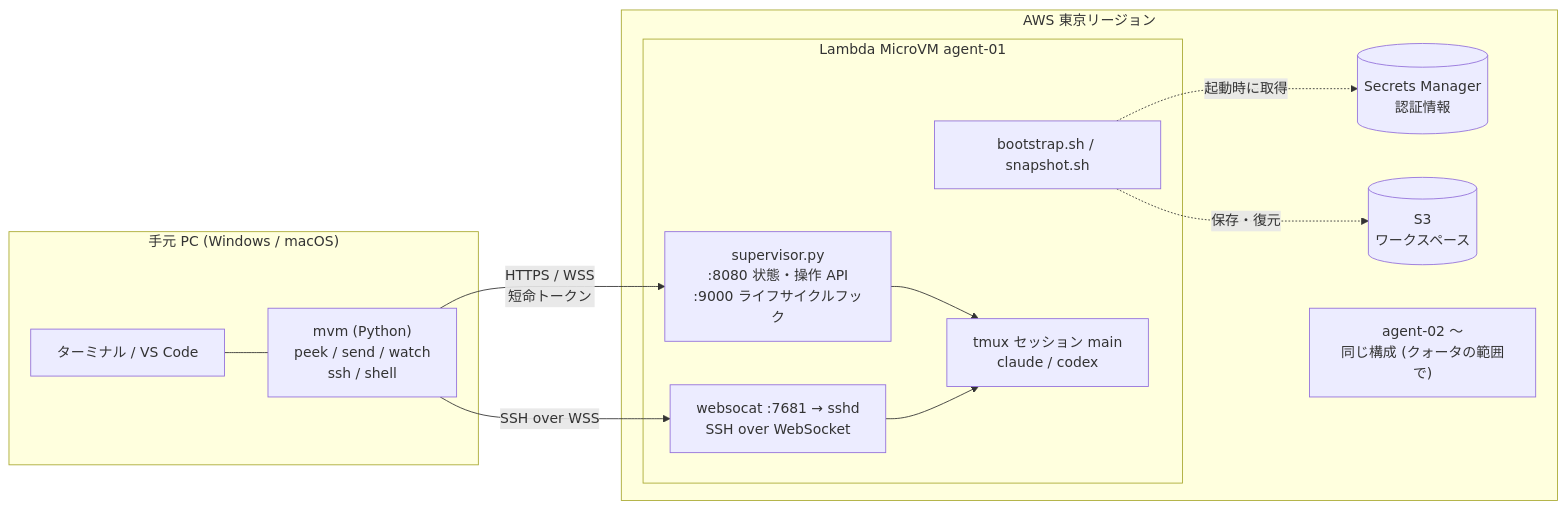
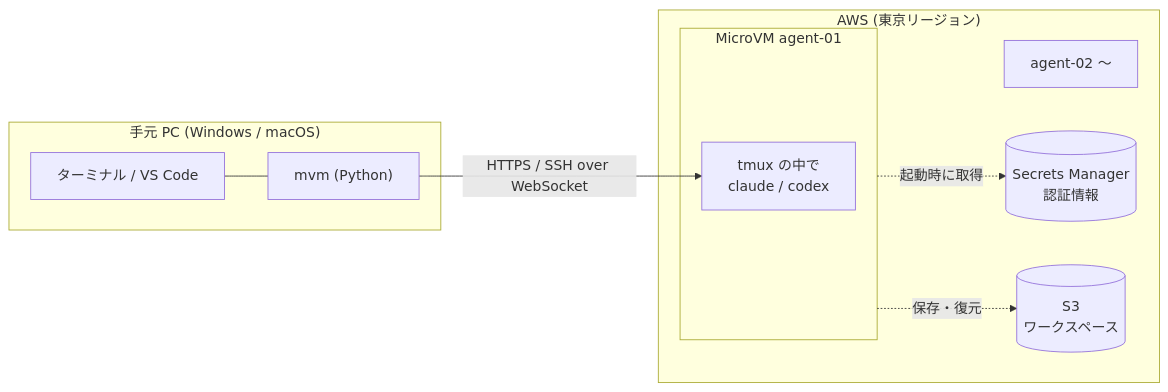
One commit to yucn6201g/parallel-microvms-agents changed the diagram in README.md. Above: the diagram before and after it, drawn with Mermaid. The commit also changed other lines of this file and 15 other files, not shown here.

````diff
--- a/README.md
+++ b/README.md
@@ -6,26 +6,20 @@
 ```mermaid
 flowchart LR
   subgraph PC["手元 PC (Windows / macOS)"]
     term["ターミナル / VS Code"]
-    mvm["mvm (Python)<br/>peek / send / watch<br/>ssh / shell"]
+    mvm["mvm (Python)"]
   end
-  subgraph AWS["AWS 東京リージョン"]
-    subgraph VM1["Lambda MicroVM agent-01"]
-      sup["supervisor.py<br/>:8080 状態・操作 API<br/>:9000 ライフサイクルフック"]
-      bridge["websocat :7681 → sshd<br/>SSH over WebSocket"]
-      tmux["tmux セッション main<br/>claude / codex"]
-      boot["bootstrap.sh / snapshot.sh"]
+  subgraph AWS["AWS (東京リージョン)"]
+    subgraph VM1["MicroVM agent-01"]
+      tmux["tmux の中で<br/>claude / codex"]
     end
+    more["agent-02 〜"]
     sm[("Secrets Manager<br/>認証情報")]
     s3[("S3<br/>ワークスペース")]
-    more["agent-02 〜<br/>同じ構成 (クォータの範囲で)"]
   end
   term --- mvm
-  mvm -- "HTTPS / WSS<br/>短命トークン" --> sup
-  mvm -- "SSH over WSS" --> bridge
-  sup --> tmux
-  bridge --> tmux
-  boot -. "起動時に取得" .-> sm
-  boot -. "保存・復元" .-> s3
+  mvm -- "HTTPS / SSH over WebSocket" --> tmux
+  VM1 -. "起動時に取得" .-> sm
+  VM1 -. "保存・復元" .-> s3
   tmux ~~~ more
 ```
````
